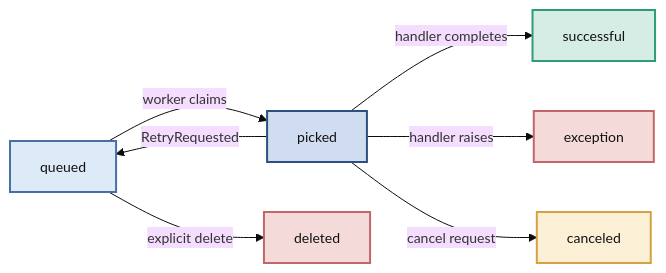
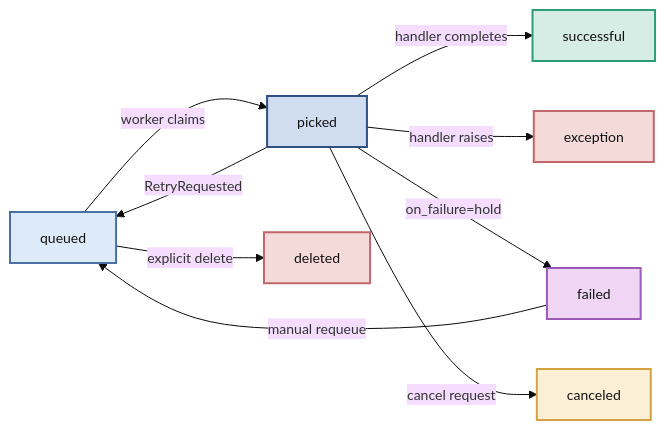
One commit to janbjorge/pgqueuer changed the diagram in docs/getting-started/core-concepts.md. Above: the diagram before and after it, drawn with Mermaid. The commit also changed other lines of this file and 15 other files, not shown here.

First line of the commit message:
feat: hold failed jobs for manual re-queue via on_failure="hold" (#506)

````diff
--- a/docs/getting-started/core-concepts.md
+++ b/docs/getting-started/core-concepts.md
@@ -64,29 +65,34 @@
 ```mermaid
 %%{init: {'theme': 'base', 'themeVariables': {'fontSize': '14px', 'fontFamily': 'Inter, sans-serif'}}}%%
 flowchart LR
     Queued[queued]
     Picked[picked]
     Success[successful]
     Exception[exception]
+    Failed[failed]
     Canceled[canceled]
     Deleted[deleted]
 
     Queued -->|worker claims| Picked
     Queued -->|explicit delete| Deleted
     Picked -->|handler completes| Success
     Picked -->|handler raises| Exception
+    Picked -->|on_failure=hold| Failed
     Picked -->|cancel request| Canceled
     Picked -->|RetryRequested| Queued
+    Failed -->|manual requeue| Queued
 
     classDef queued   fill:#DDEAF7,stroke:#4A6FA5,stroke-width:2px,color:#111
     classDef picked   fill:#D0DCF0,stroke:#2E5080,stroke-width:2px,color:#111
     classDef success  fill:#D5EDE5,stroke:#2D9D78,stroke-width:2px,color:#111
     classDef error    fill:#F5DADA,stroke:#C1666B,stroke-width:2px,color:#111
     classDef canceled fill:#FBF0D5,stroke:#D4A240,stroke-width:2px,color:#111
+    classDef failed   fill:#F0D5F5,stroke:#9B59B6,stroke-width:2px,color:#111
 
     class Queued queued
     class Picked picked
     class Success success
     class Exception,Deleted error
+    class Failed failed
     class Canceled canceled
 ```
````
